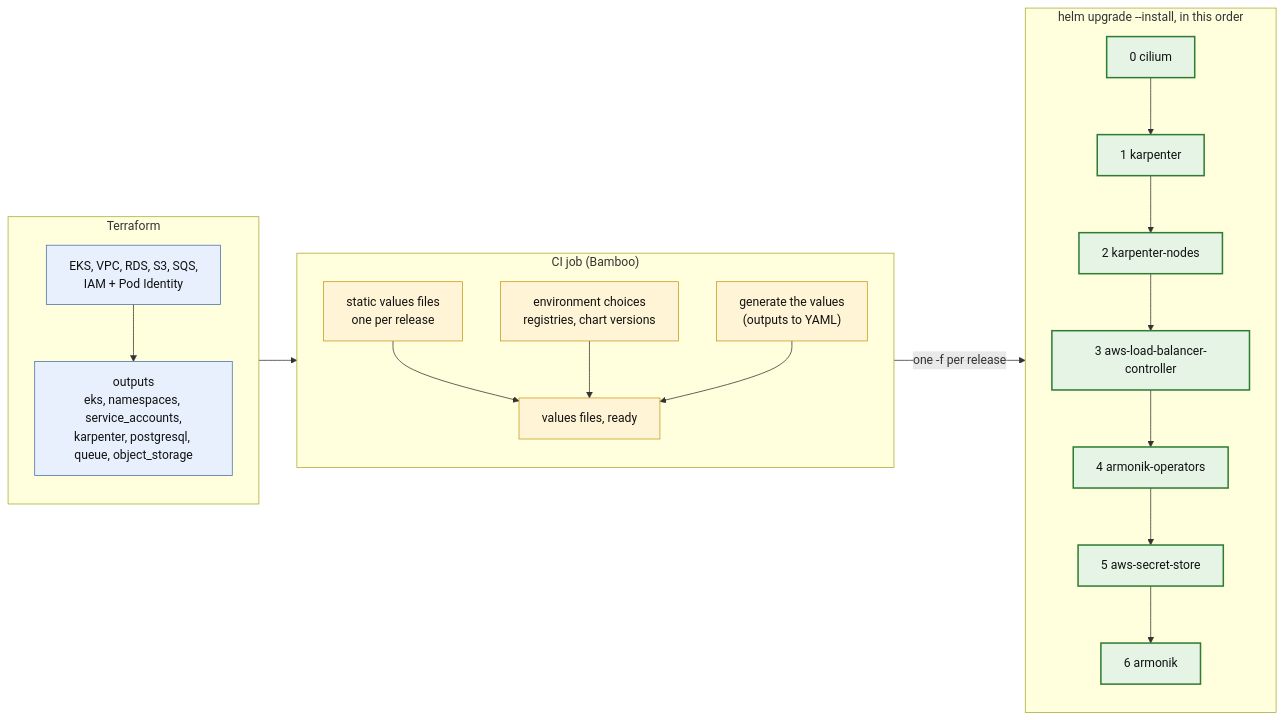
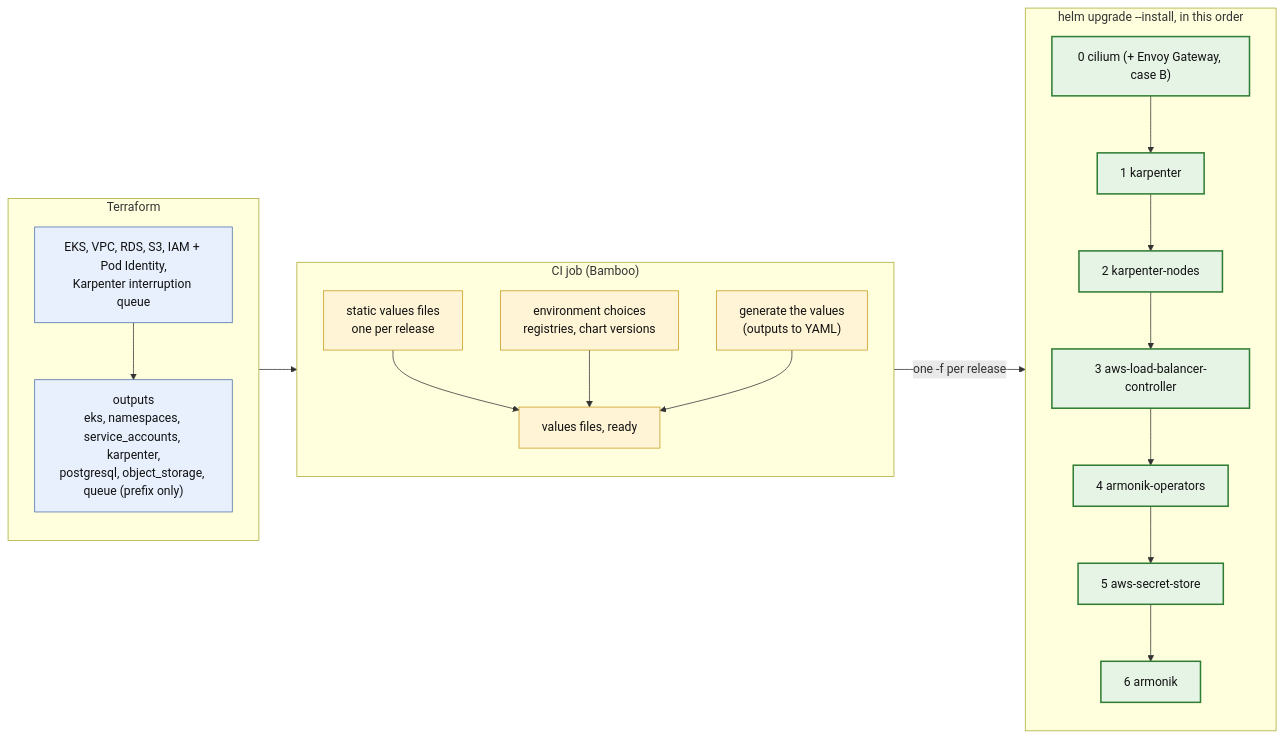
Before and after one commit to aneoconsulting/ArmoniK: the diagram in infrastructure/quick-deploy/aws-charts/docs/diagrams/02-pipeline.md, drawn with Mermaid. The commit also changed other lines of this file and 1 other file, not shown here.

Commit message:
feat: adding diagrams v2

````diff
--- a/infrastructure/quick-deploy/aws-charts/docs/diagrams/02-pipeline.md
+++ b/infrastructure/quick-deploy/aws-charts/docs/diagrams/02-pipeline.md
@@ -6,38 +6,38 @@
 ```mermaid
 flowchart LR
     classDef tf fill:#e8f0fe,stroke:#4a6fa5,color:#111
     classDef gen fill:#fff4d6,stroke:#c79a1b,color:#111
     classDef rel fill:#e6f4e6,stroke:#2e7d32,stroke-width:2px,color:#111
 
     subgraph TF["Terraform"]
         direction TB
-        INFRA["EKS, VPC, RDS, S3, SQS,<br/>IAM + Pod Identity"]:::tf
-        OUT["outputs<br/>eks, namespaces, service_accounts,<br/>karpenter, postgresql, queue, object_storage"]:::tf
+        INFRA["EKS, VPC, RDS, S3, IAM + Pod Identity,<br/>Karpenter interruption queue"]:::tf
+        OUT["outputs<br/>eks, namespaces, service_accounts, karpenter,<br/>postgresql, object_storage, queue (prefix only)"]:::tf
         INFRA --> OUT
     end
 
     subgraph CI["CI job (Bamboo)"]
         direction TB
         STATIC["static values files<br/>one per release"]:::gen
         ENV["environment choices<br/>registries, chart versions"]:::gen
         GEN["generate the values<br/>(outputs to YAML)"]:::gen
         VALS["values files, ready"]:::gen
         STATIC --> VALS
         ENV --> VALS
         GEN --> VALS
     end
     OUT --> GEN
 
     subgraph HELM["helm upgrade --install, in this order"]
         direction TB
-        R0["0 cilium"]:::rel
+        R0["0 cilium (+ Envoy Gateway, case B)"]:::rel
         R1["1 karpenter"]:::rel
         R2["2 karpenter-nodes"]:::rel
         R3["3 aws-load-balancer-controller"]:::rel
         R4["4 armonik-operators"]:::rel
         R5["5 aws-secret-store"]:::rel
         R6["6 armonik"]:::rel
         R0 --> R1 --> R2 --> R3 --> R4 --> R5 --> R6
     end
     VALS -->|"one -f per release"| HELM
 ```
````
